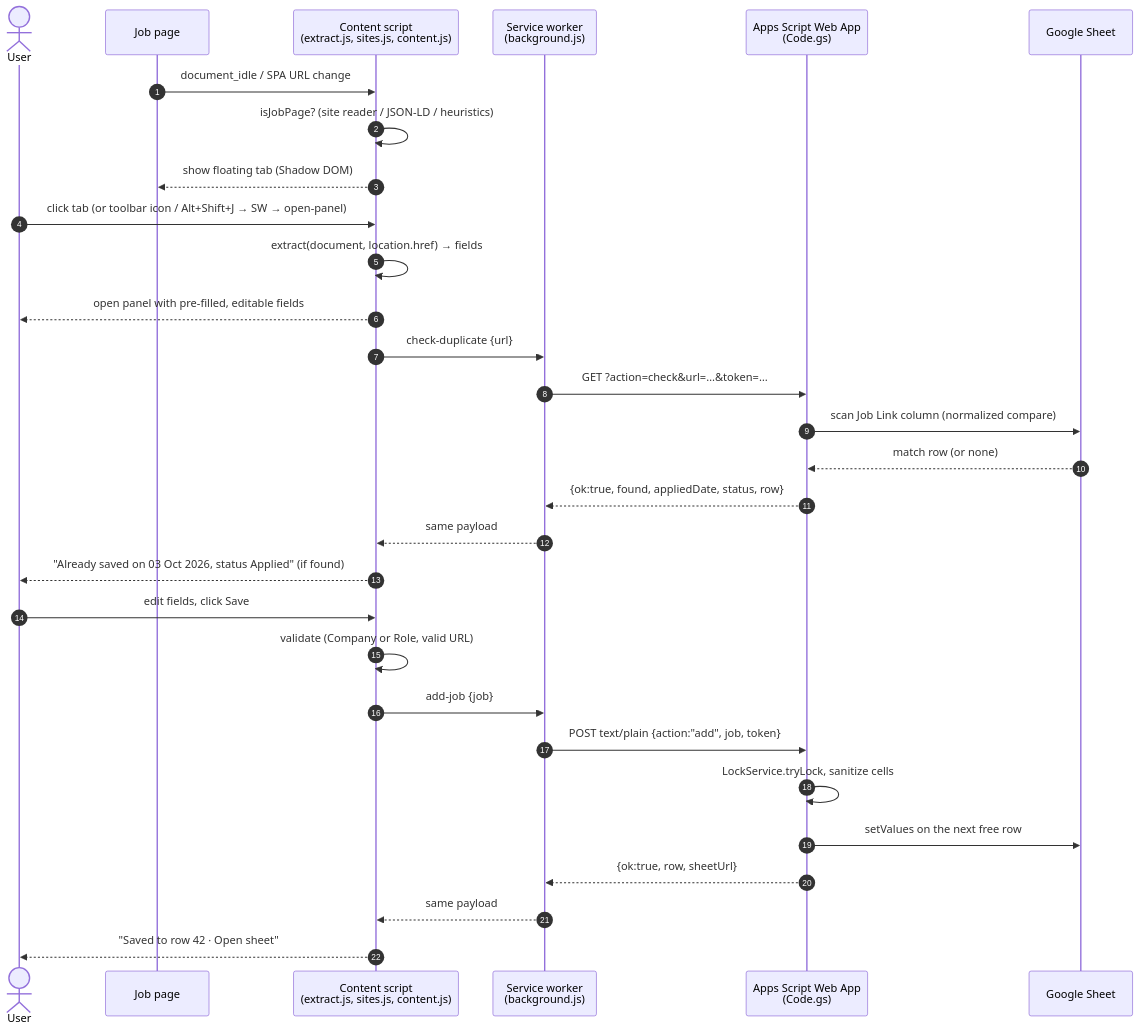
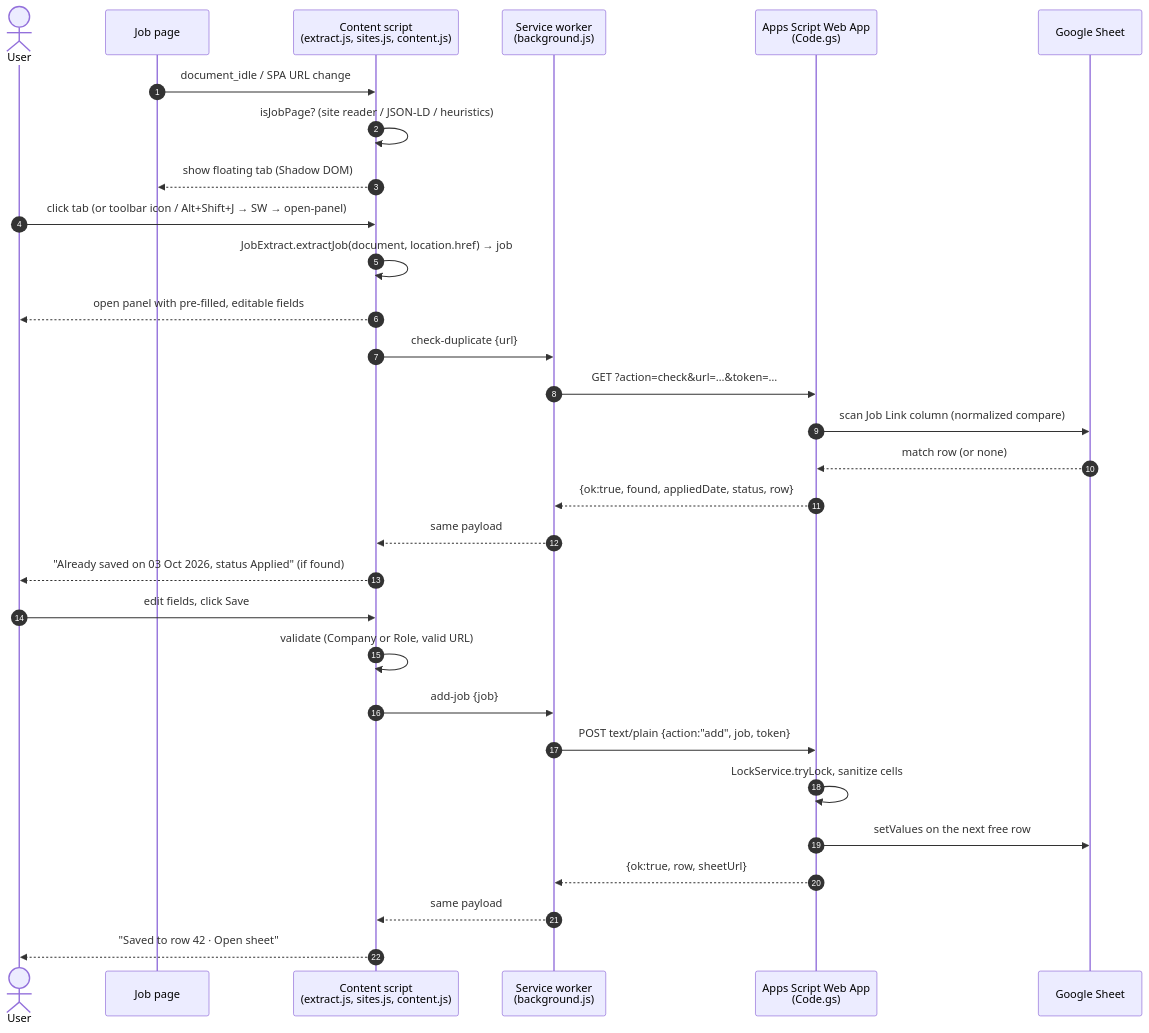
The diagram in docs/ARCHITECTURE.md (piyushd12/job-application-tracker), drawn with Mermaid before and after one commit. The commit also changed other lines of this file and 1 other file, not shown here.

Commit message:
feat: add deterministic job extractor with site readers, json-ld and heuristics

````diff
--- a/docs/ARCHITECTURE.md
+++ b/docs/ARCHITECTURE.md
@@ -54,33 +54,33 @@
 ```mermaid
 sequenceDiagram
     autonumber
     actor U as User
     participant P as Job page
     participant CS as Content script<br/>(extract.js, sites.js, content.js)
     participant SW as Service worker<br/>(background.js)
     participant AS as Apps Script Web App<br/>(Code.gs)
     participant S as Google Sheet
 
     P->>CS: document_idle / SPA URL change
     CS->>CS: isJobPage? (site reader / JSON-LD / heuristics)
     CS-->>P: show floating tab (Shadow DOM)
     U->>CS: click tab (or toolbar icon / Alt+Shift+J → SW → open-panel)
-    CS->>CS: extract(document, location.href) → fields
+    CS->>CS: JobExtract.extractJob(document, location.href) → job
     CS-->>U: open panel with pre-filled, editable fields
     CS->>SW: check-duplicate {url}
     SW->>AS: GET ?action=check&url=…&token=…
     AS->>S: scan Job Link column (normalized compare)
     S-->>AS: match row (or none)
     AS-->>SW: {ok:true, found, appliedDate, status, row}
     SW-->>CS: same payload
     CS-->>U: "Already saved on 03 Oct 2026, status Applied" (if found)
     U->>CS: edit fields, click Save
     CS->>CS: validate (Company or Role, valid URL)
     CS->>SW: add-job {job}
     SW->>AS: POST text/plain {action:"add", job, token}
     AS->>AS: LockService.tryLock, sanitize cells
     AS->>S: setValues on the next free row
     AS-->>SW: {ok:true, row, sheetUrl}
     SW-->>CS: same payload
     CS-->>U: "Saved to row 42 · Open sheet"
 ```
````
